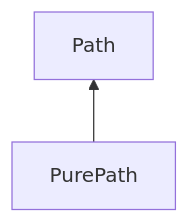
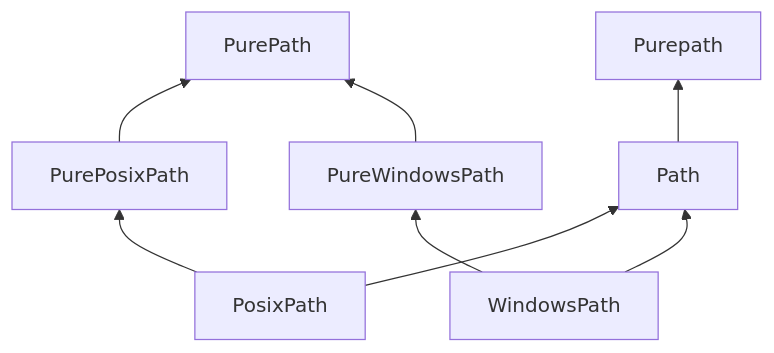
Before and after one commit to rewgs/go-pathlib: the diagram in README.md, drawn with Mermaid.

Commit message:
Updated README.md (note: this is an automated commit message).

````diff
--- a/README.md
+++ b/README.md
@@ -17,4 +17,10 @@
 ```mermaid
 graph BT;
-    PurePath --> Path;
+    Path --> Purepath;
+    PurePosixPath --> PurePath;
+    PureWindowsPath --> PurePath;
+    PosixPath --> PurePosixPath;
+    PosixPath --> Path;
+    WindowsPath --> PureWindowsPath;
+    WindowsPath --> Path;
 ```
````
